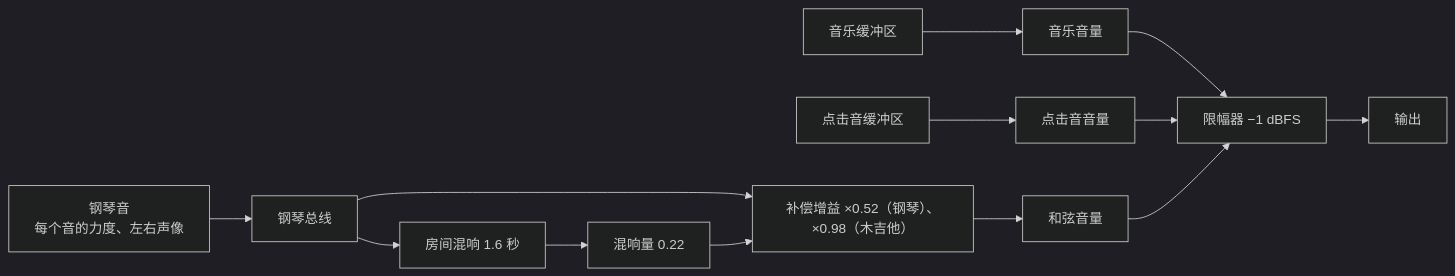
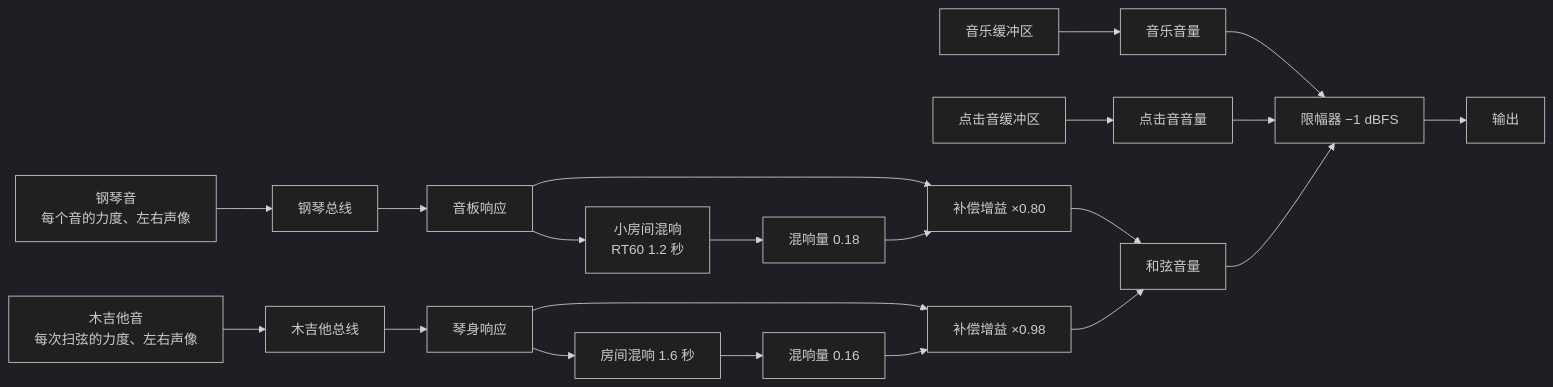
Before and after one commit to Velvitty/Chordity: the third of 3 diagrams in README.zh.md, drawn with Mermaid (dark theme). The commit also changed other lines of this file and 9 other files, not shown here.

````diff
--- a/README.zh.md
+++ b/README.zh.md
@@ -1367,13 +1419,17 @@
 ```mermaid
 flowchart LR
   M["音乐缓冲区"] --> GM["音乐音量"]
   C["点击音缓冲区"] --> GC["点击音音量"]
-  P["钢琴音<br/>每个音的力度、左右声像"] --> PB["钢琴总线"]
-  PB --> MK["补偿增益 ×0.52（钢琴）、×0.98（木吉他）"]
-  PB --> RV["房间混响 1.6 秒"] --> W["混响量 0.22"] --> MK
-  MK --> GP["和弦音量"]
+  P["钢琴音<br/>每个音的力度、左右声像"] --> PB["钢琴总线"] --> SB["音板响应"]
+  SB --> MP["补偿增益 ×0.80"]
+  SB --> RP["小房间混响<br/>RT60 1.2 秒"] --> WP["混响量 0.18"] --> MP
+  G["木吉他音<br/>每次扫弦的力度、左右声像"] --> GB["木吉他总线"] --> BD["琴身响应"]
+  BD --> MG["补偿增益 ×0.98"]
+  BD --> RG["房间混响 1.6 秒"] --> WG["混响量 0.16"] --> MG
+  MP --> GP["和弦音量"]
+  MG --> GP
   GM --> L["限幅器 −1 dBFS"]
   GC --> L
   GP --> L
   L --> O["输出"]
 ```
````
